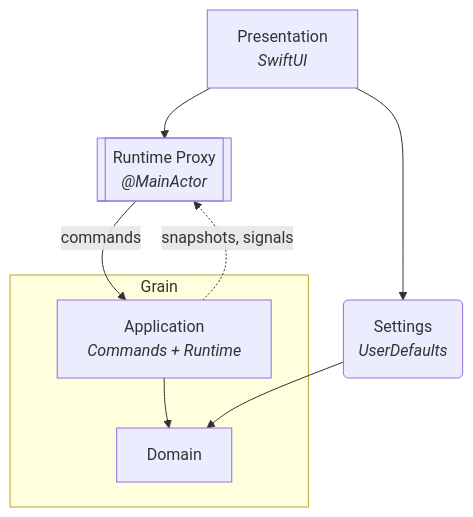
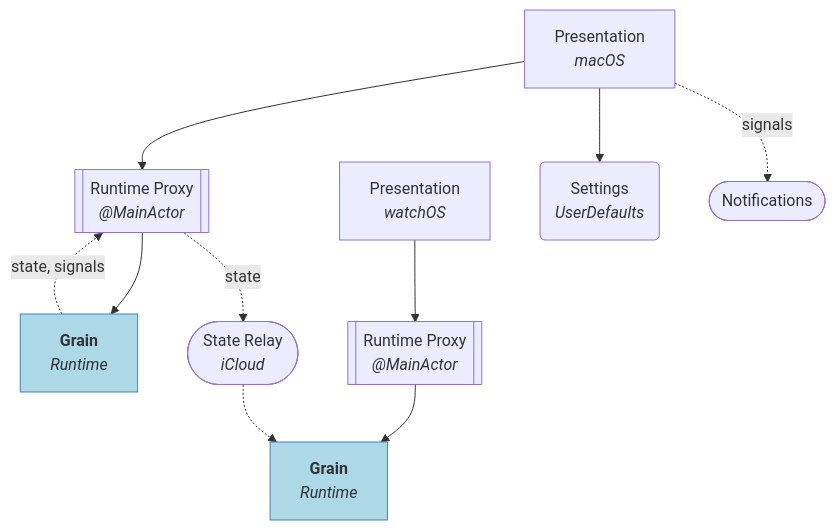
One commit to vitalydolgov/grain-desktop changed the diagram in CLAUDE.md. Above: the diagram before and after it, drawn with Mermaid. The commit also changed other lines of this file, not shown here.

````diff
--- a/CLAUDE.md
+++ b/CLAUDE.md
@@ -19,19 +20,29 @@
 ```mermaid
 flowchart TD
-    P["Presentation<br/><i>SwiftUI</i>"]
-    RP[["Runtime Proxy<br/><i>@MainActor</i>"]]
+    DP["Presentation<br/><i>macOS</i>"]
+    DProxy[["Runtime Proxy<br/><i>@MainActor</i>"]]
+    DP --> DProxy
+    DProxy --> DGrain
+    DGrain -.->|state, signals| DProxy
 
-    subgraph Grain
-        A["Application<br/><i>Commands + Runtime</i>"]
-        D["Domain"]
-        A --> D
-    end
+    WP["Presentation<br/><i>watchOS</i>"]
+    WProxy[["Runtime Proxy<br/><i>@MainActor</i>"]]
+    WP --> WProxy
+    WProxy --> WGrain
 
+    Relay(["State Relay<br/><i>iCloud</i>"])
+    DProxy -.->|state| Relay
+    Relay -.-> WGrain
+    
     S("Settings<br/><i>UserDefaults</i>")
+    DP --> S
 
-    P --> RP
-    RP -->|commands| A
-    A -.->|snapshots, signals| RP
-    P --> S
-    S --> D
+    N(["Notifications"])
+    DP -.->|signals| N
+    
+    DGrain["<b>Grain</b><br/><i>Runtime</i>"]
+    WGrain["<b>Grain</b><br/><i>Runtime</i>"]
+
+    classDef grain fill:lightblue,stroke:steelblue
+    class DGrain,WGrain grain
 ```
````
